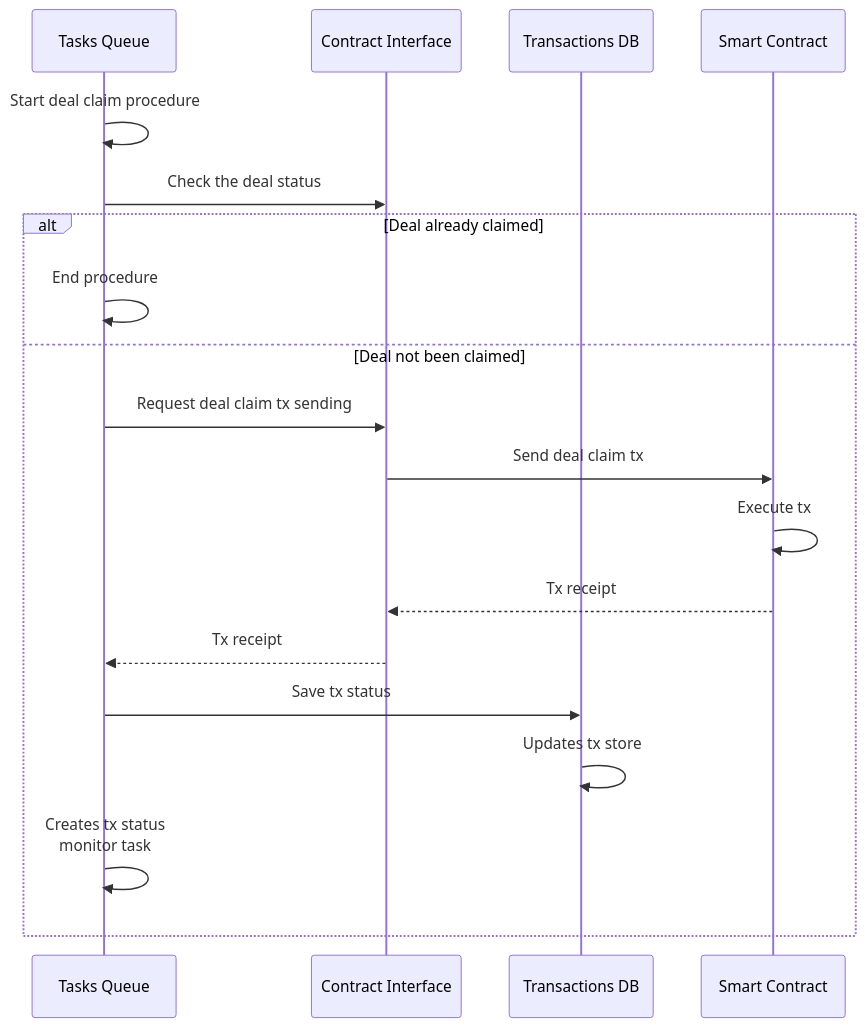
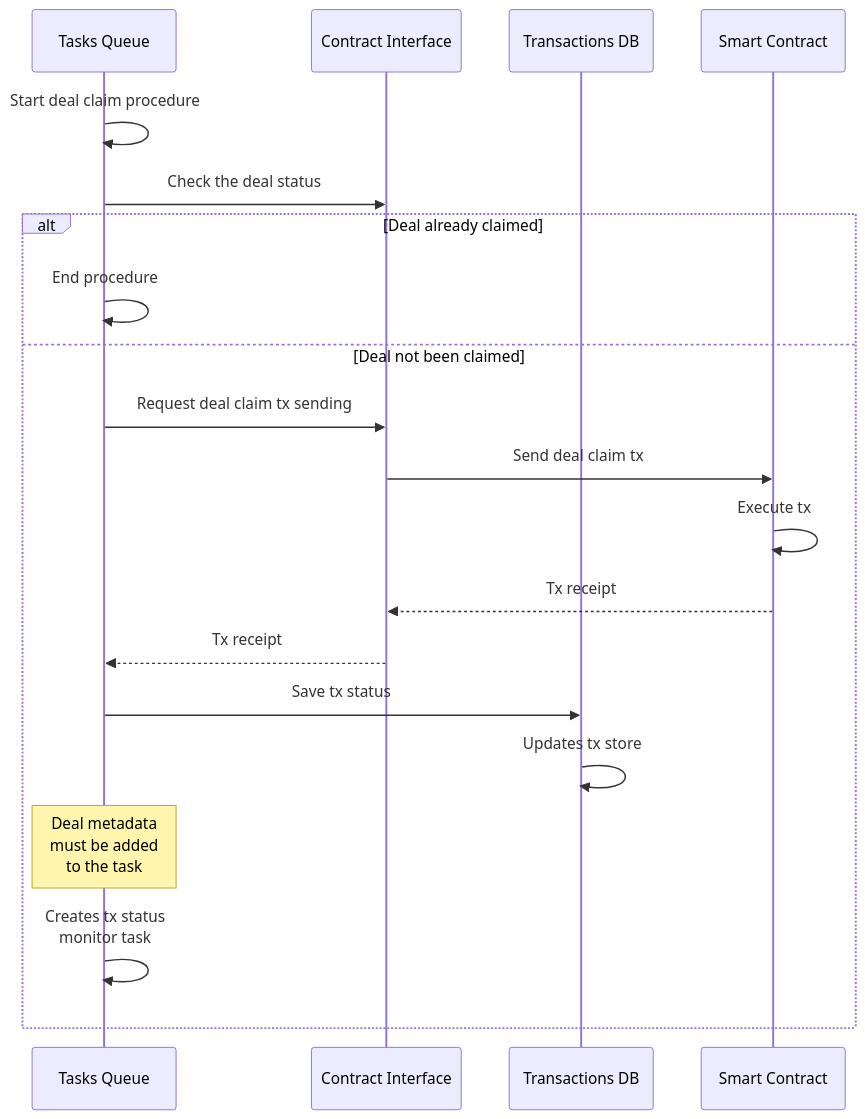
Before and after one commit to windingtree/mvp: the fifth of 10 diagrams in docs/node-spec.md, drawn with Mermaid. The commit also changed other lines of this file, not shown here.

````diff
--- a/docs/node-spec.md
+++ b/docs/node-spec.md
@@ -168,23 +293,24 @@
 ```mermaid
 sequenceDiagram
   participant tasksQueue as Tasks Queue
   participant contractApi as Contract Interface
   participant txDb as Transactions DB
   participant contract as Smart Contract
 
   tasksQueue ->> tasksQueue: Start deal claim procedure
   tasksQueue ->> contractApi: Check the deal status
 
   alt Deal already claimed
     tasksQueue ->> tasksQueue: End procedure
   else Deal not been claimed
     tasksQueue ->> contractApi: Request deal claim tx sending
     contractApi ->> contract: Send deal claim tx
     contract ->> contract: Execute tx
     contract -->> contractApi: Tx receipt
     contractApi -->> tasksQueue: Tx receipt
     tasksQueue ->> txDb: Save tx status
     txDb ->> txDb: Updates tx store
+    Note over tasksQueue: Deal metadata<br>must be added<br>to the task
     tasksQueue ->> tasksQueue: Creates tx status<br>monitor task
   end
 ```
````
